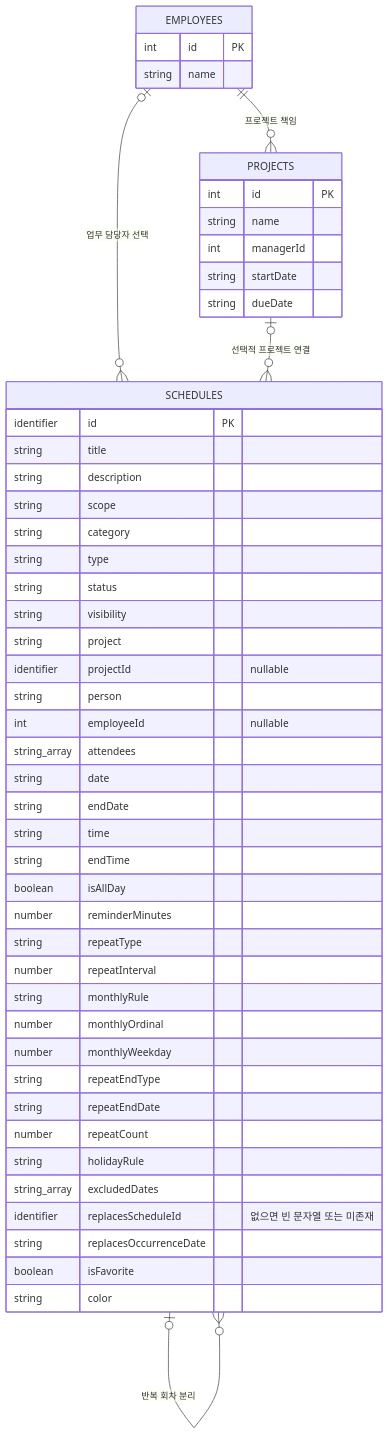
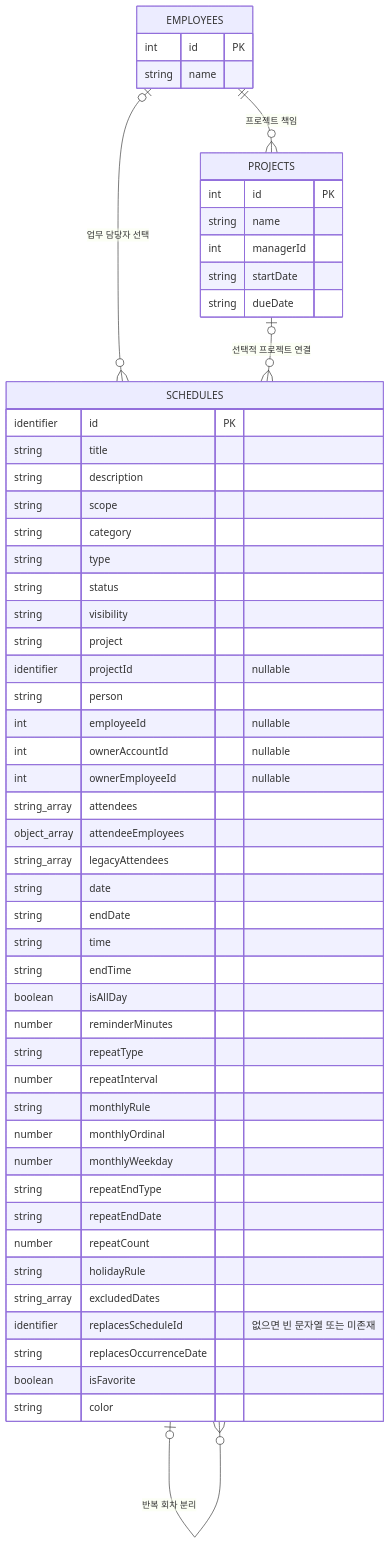
Before and after one commit to pomending/group1: the diagram in src/5_schedule/SCHEDULE_ERD.md, drawn with Mermaid. The commit also changed other lines of this file and 18 other files, not shown here.

````diff
--- a/src/5_schedule/SCHEDULE_ERD.md
+++ b/src/5_schedule/SCHEDULE_ERD.md
@@ -9,54 +9,58 @@
 ```mermaid
 erDiagram
     EMPLOYEES ||--o{ PROJECTS : "프로젝트 책임"
     EMPLOYEES o|--o{ SCHEDULES : "업무 담당자 선택"
     PROJECTS o|--o{ SCHEDULES : "선택적 프로젝트 연결"
     SCHEDULES o|--o{ SCHEDULES : "반복 회차 분리"
 
     EMPLOYEES {
         int id PK
         string name
     }
     PROJECTS {
         int id PK
         string name
         int managerId
         string startDate
         string dueDate
     }
     SCHEDULES {
         identifier id PK
         string title
         string description
         string scope
         string category
         string type
         string status
         string visibility
         string project
         identifier projectId "nullable"
         string person
         int employeeId "nullable"
+        int ownerAccountId "nullable"
+        int ownerEmployeeId "nullable"
         string_array attendees
+        object_array attendeeEmployees
+        string_array legacyAttendees
         string date
         string endDate
         string time
         string endTime
         boolean isAllDay
         number reminderMinutes
         string repeatType
         number repeatInterval
         string monthlyRule
         number monthlyOrdinal
         number monthlyWeekday
         string repeatEndType
         string repeatEndDate
         number repeatCount
         string holidayRule
         string_array excludedDates
         identifier replacesScheduleId "없으면 빈 문자열 또는 미존재"
         string replacesOccurrenceDate
         boolean isFavorite
         string color
     }
 ```
````
